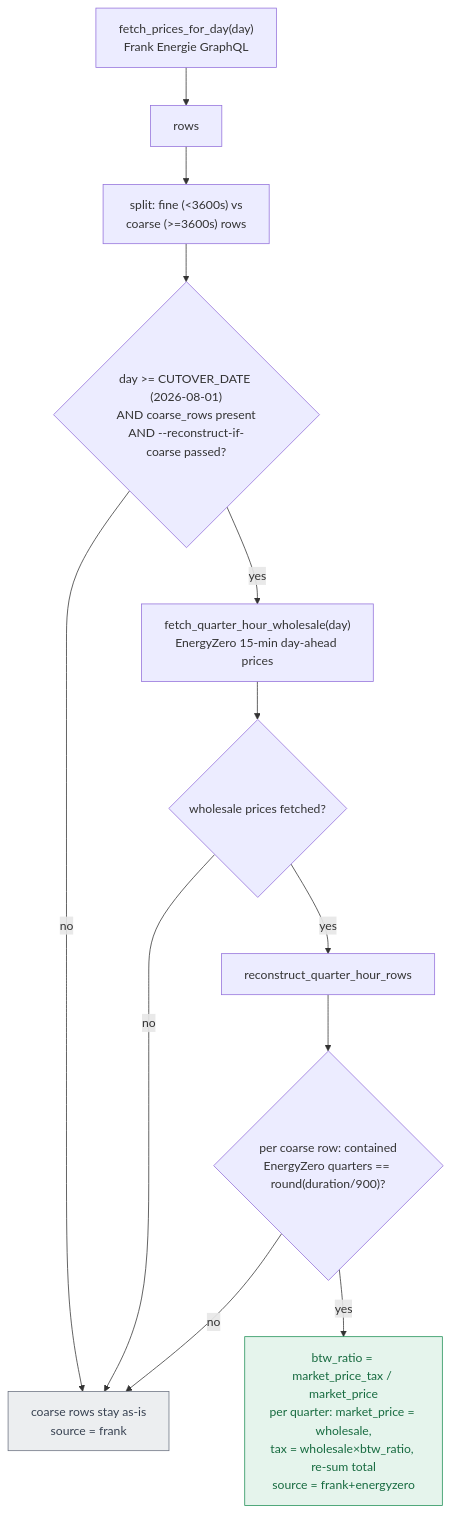
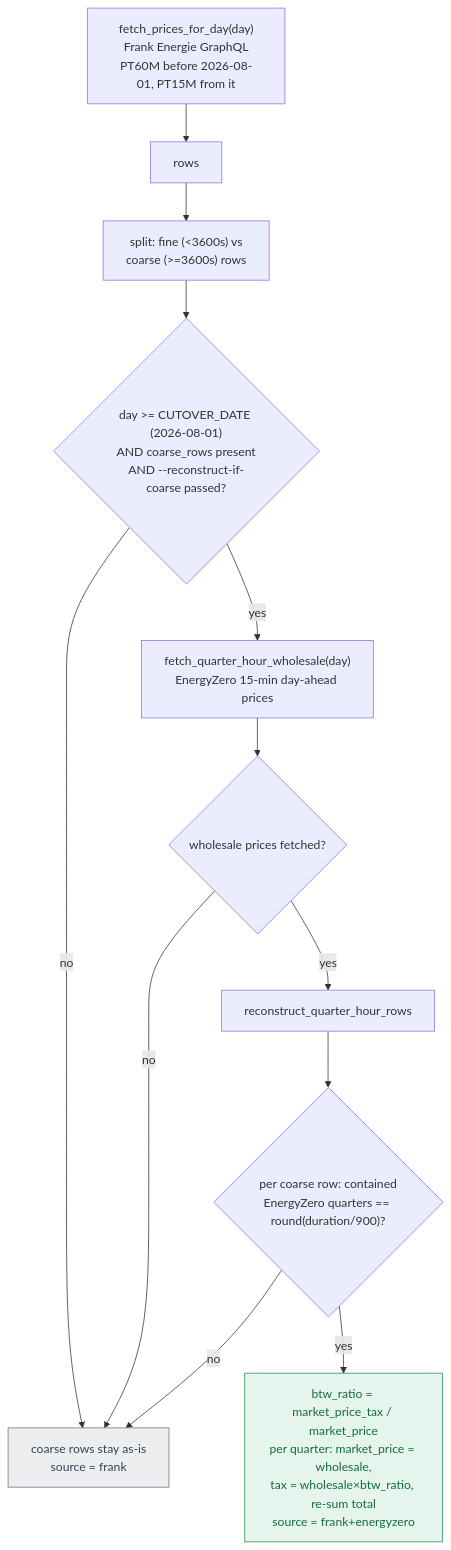
Before and after one commit to sandeepthukral/alphaess-collector: the first of 4 diagrams in docs/PRICING-FLOW.md, drawn with Mermaid. The commit also changed 2 other files, not shown here.

Commit message:
Fetch prices from Frank's new /graphql endpoint and schema
Frank's old public endpoint (frank-graphql-prod.graphcdn.app) now rejects
every operation, so refresh-prices wrote 0 rows from 2026-09-29. The site
now serves marketPrices(date, resolution) at www.frankenergie.nl/graphql
and returns cumulative prices instead of the four components.

Derive the stored components from marketPrice / marketPricePlus /
allInPrice (tax = 21% of market, markup and energy tax as remainders) so
the fields and total that pricing.py reads are unchanged. Pick PT60M
before the 2026-08-01 cutover and PT15M from it, since PT15M also
answers for July with synthetic quarter-hours.

````diff
--- a/docs/PRICING-FLOW.md
+++ b/docs/PRICING-FLOW.md
@@ -12,19 +12,19 @@
 ```mermaid
 flowchart TD
-    A["fetch_prices_for_day(day)<br/>Frank Energie GraphQL"] --> B[rows]
+    A["fetch_prices_for_day(day)<br/>Frank Energie GraphQL<br/>PT60M before 2026-08-01, PT15M from it"] --> B[rows]
     B --> C["split: fine (&lt;3600s) vs<br/>coarse (&gt;=3600s) rows"]
     C --> D{"day &gt;= CUTOVER_DATE (2026-08-01)<br/>AND coarse_rows present<br/>AND --reconstruct-if-coarse passed?"}
     D -- no --> KEEP["coarse rows stay as-is<br/>source = frank"]
     D -- yes --> E["fetch_quarter_hour_wholesale(day)<br/>EnergyZero 15-min day-ahead prices"]
     E --> F{wholesale prices fetched?}
     F -- no --> KEEP
     F -- yes --> G[reconstruct_quarter_hour_rows]
     G --> H{"per coarse row: contained<br/>EnergyZero quarters == round(duration/900)?"}
     H -- no --> KEEP
     H -- yes --> I["btw_ratio = market_price_tax / market_price<br/>per quarter: market_price = wholesale,<br/>tax = wholesale×btw_ratio, re-sum total<br/>source = frank+energyzero"]
 
     classDef ok fill:#e5f4ec,stroke:#1f8f56,color:#166a3f;
     classDef skip fill:#eceef0,stroke:#6b7280,color:#374151;
     class I ok;
     class KEEP skip;
 ```
````
